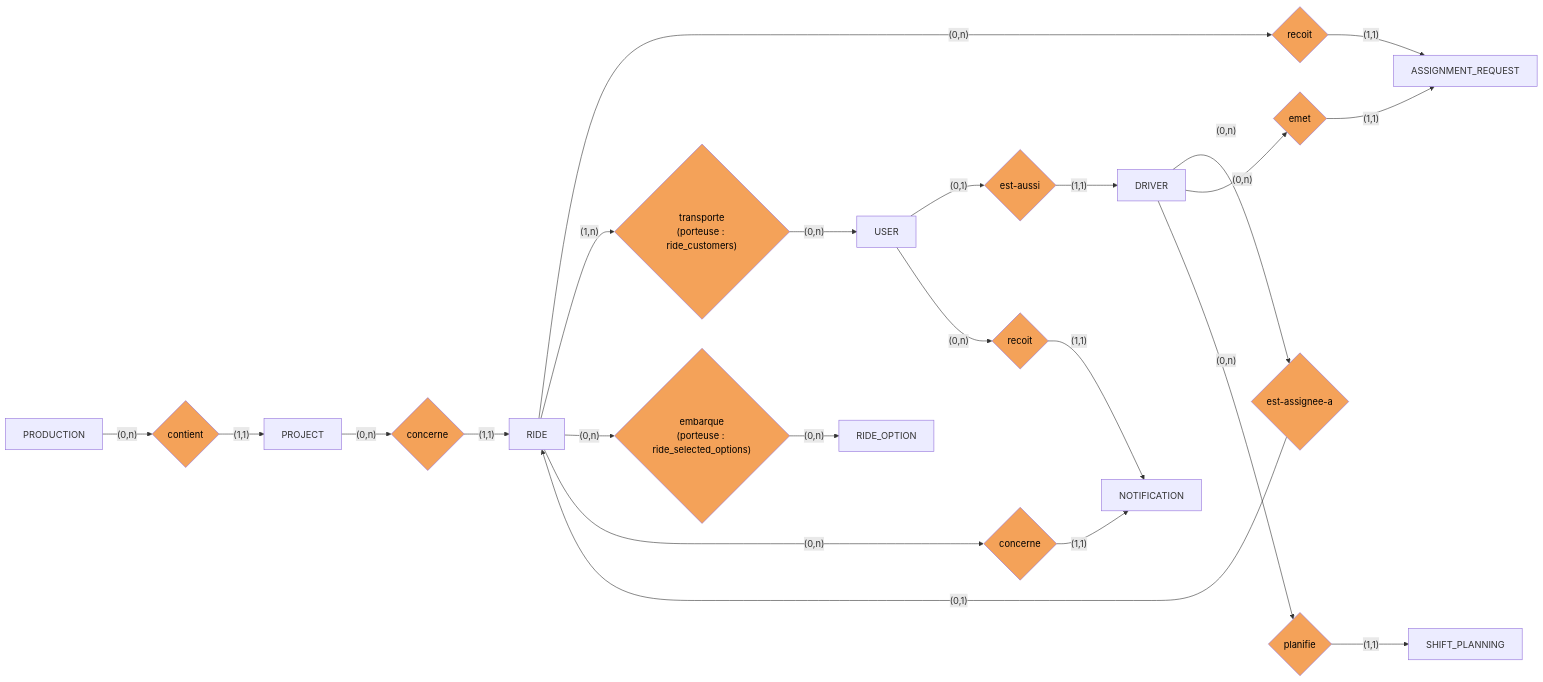
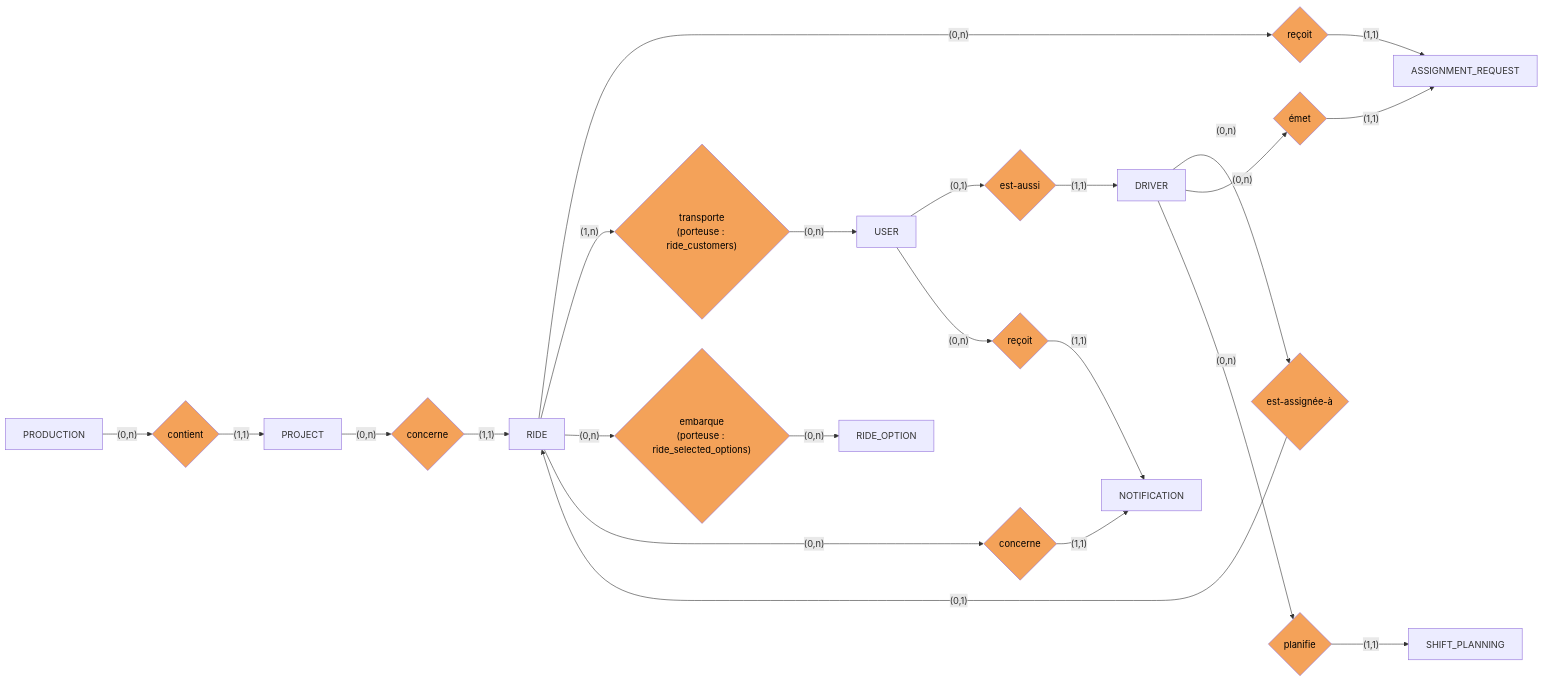
Before and after one commit to Mamoru-fr/AMT-Express: the fifth of 9 diagrams in documents/dossiers/dossierProjet/dossierProjetRNCP.md, drawn with Mermaid. The commit also changed other lines of this file and 7 other files, not shown here.

````diff
--- a/documents/dossiers/dossierProjet/dossierProjetRNCP.md
+++ b/documents/dossiers/dossierProjet/dossierProjetRNCP.md
@@ -277,25 +358,25 @@
 ```mermaid
 flowchart LR
     PROD[PRODUCTION] -- "(0,n)" --> A1{"contient"} -- "(1,1)" --> PROJ[PROJECT]
     PROJ -- "(0,n)" --> A2{"concerne"} -- "(1,1)" --> RIDE
     USER -- "(0,1)" --> A3{"est-aussi"} -- "(1,1)" --> DRV[DRIVER]
-    DRV -- "(0,n)" --> A4{"est-assignee-a"} -- "(0,1)" --> RIDE
-    DRV -- "(0,n)" --> A5{"emet"} -- "(1,1)" --> AR[ASSIGNMENT_REQUEST]
-    RIDE -- "(0,n)" --> A6{"recoit"} -- "(1,1)" --> AR
+    DRV -- "(0,n)" --> A4{"est-assignée-à"} -- "(0,1)" --> RIDE
+    DRV -- "(0,n)" --> A5{"émet"} -- "(1,1)" --> AR[ASSIGNMENT_REQUEST]
+    RIDE -- "(0,n)" --> A6{"reçoit"} -- "(1,1)" --> AR
     RIDE -- "(1,n)" --> A7{"transporte<br/>(porteuse : ride_customers)"} -- "(0,n)" --> USER
     RIDE -- "(0,n)" --> A8{"embarque<br/>(porteuse : ride_selected_options)"} -- "(0,n)" --> ROPT[RIDE_OPTION]
     DRV -- "(0,n)" --> A9{"planifie"} -- "(1,1)" --> SHP[SHIFT_PLANNING]
-    USER -- "(0,n)" --> A10{"recoit"} -- "(1,1)" --> NT[NOTIFICATION]
+    USER -- "(0,n)" --> A10{"reçoit"} -- "(1,1)" --> NT[NOTIFICATION]
     RIDE -- "(0,n)" --> A11{"concerne"} -- "(1,1)" --> NT
     style A1 fill:#F4A259,color:#000
     style A2 fill:#F4A259,color:#000
     style A3 fill:#F4A259,color:#000
     style A4 fill:#F4A259,color:#000
     style A5 fill:#F4A259,color:#000
     style A6 fill:#F4A259,color:#000
     style A7 fill:#F4A259,color:#000
     style A8 fill:#F4A259,color:#000
     style A9 fill:#F4A259,color:#000
     style A10 fill:#F4A259,color:#000
     style A11 fill:#F4A259,color:#000
 ```
````
